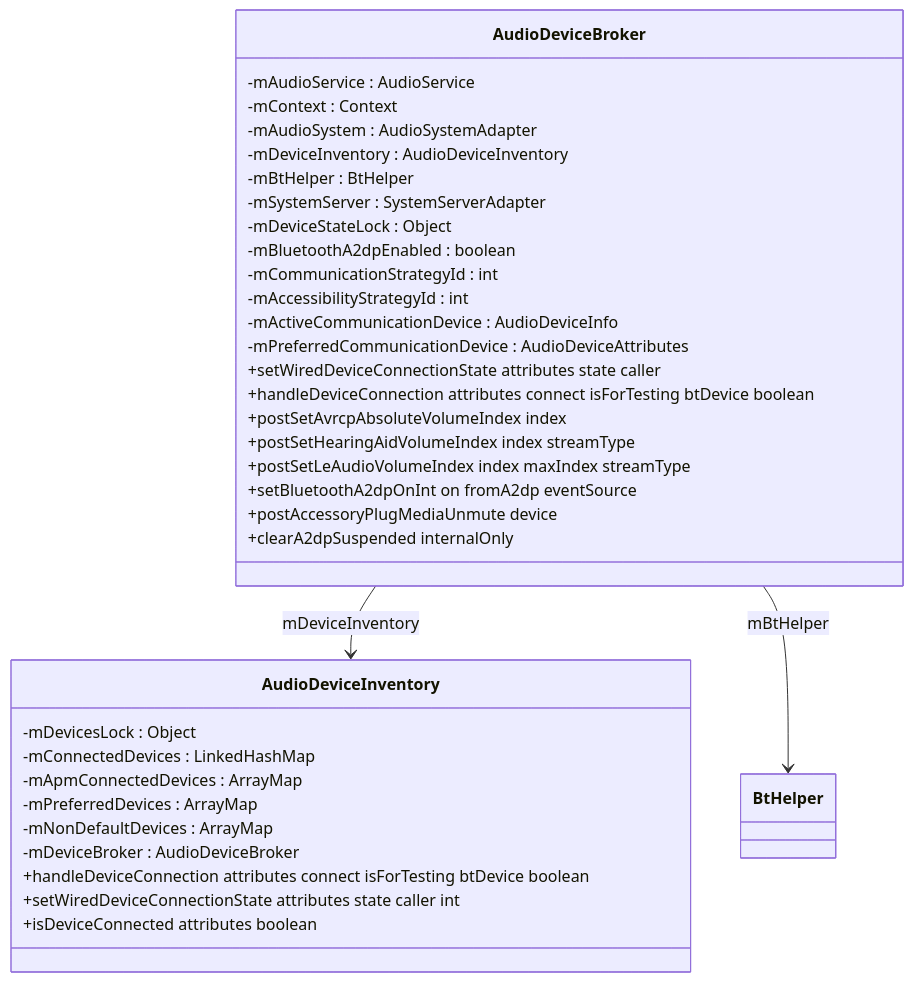
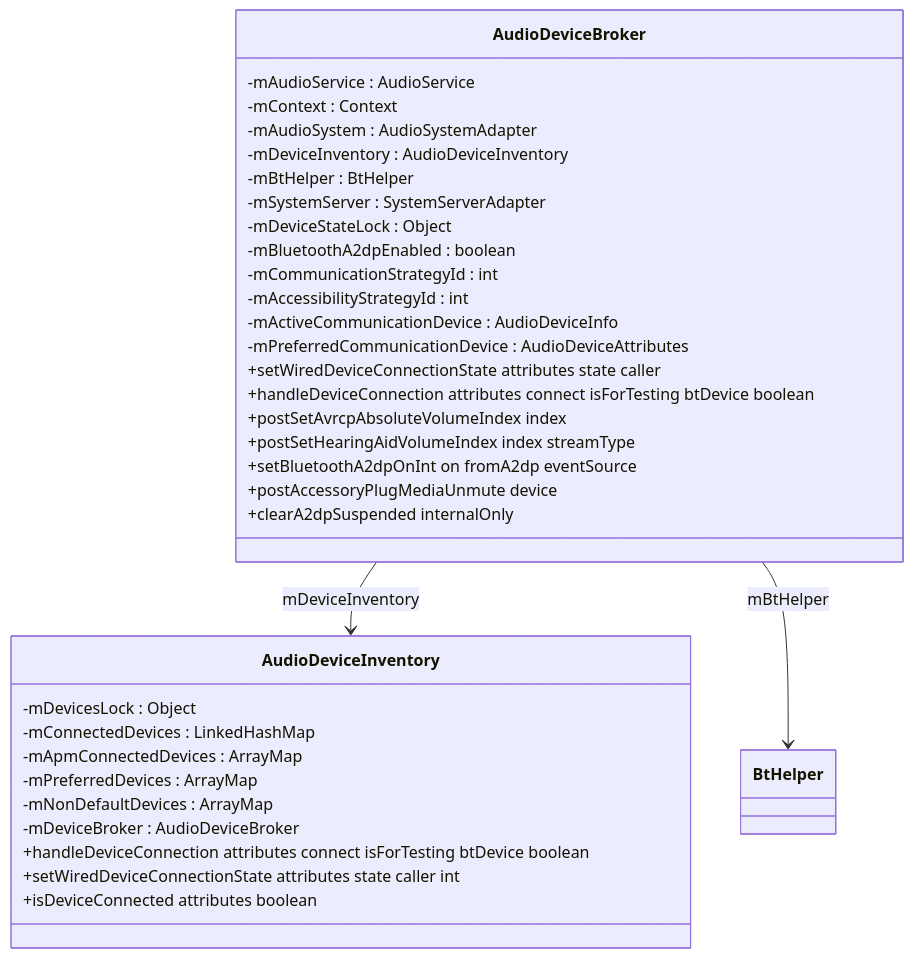
The second of 8 diagrams in 13_Volume_Device_Deep_Dive/13_13.2_Device状态机.md (yanglinzhen1022/SA8295_AAOS_QNX_Audio_KnowledgeBase), drawn with Mermaid before and after one commit. The commit also changed other lines of this file and 6 other files, not shown here.

````diff
--- a/13_Volume_Device_Deep_Dive/13_13.2_Device状态机.md
+++ b/13_Volume_Device_Deep_Dive/13_13.2_Device状态机.md
@@ -46,40 +46,39 @@
 ```mermaid
 classDiagram
     class AudioDeviceBroker {
         -mAudioService : AudioService
         -mContext : Context
         -mAudioSystem : AudioSystemAdapter
         -mDeviceInventory : AudioDeviceInventory
         -mBtHelper : BtHelper
         -mSystemServer : SystemServerAdapter
         -mDeviceStateLock : Object
         -mBluetoothA2dpEnabled : boolean
         -mCommunicationStrategyId : int
         -mAccessibilityStrategyId : int
         -mActiveCommunicationDevice : AudioDeviceInfo
         -mPreferredCommunicationDevice : AudioDeviceAttributes
         +setWiredDeviceConnectionState attributes state caller
         +handleDeviceConnection attributes connect isForTesting btDevice boolean
         +postSetAvrcpAbsoluteVolumeIndex index
         +postSetHearingAidVolumeIndex index streamType
-        +postSetLeAudioVolumeIndex index maxIndex streamType
         +setBluetoothA2dpOnInt on fromA2dp eventSource
         +postAccessoryPlugMediaUnmute device
         +clearA2dpSuspended internalOnly
     }
     
     class AudioDeviceInventory {
         -mDevicesLock : Object
         -mConnectedDevices : LinkedHashMap
         -mApmConnectedDevices : ArrayMap
         -mPreferredDevices : ArrayMap
         -mNonDefaultDevices : ArrayMap
         -mDeviceBroker : AudioDeviceBroker
         +handleDeviceConnection attributes connect isForTesting btDevice boolean
         +setWiredDeviceConnectionState attributes state caller int
         +isDeviceConnected attributes boolean
     }
     
     AudioDeviceBroker --> AudioDeviceInventory : mDeviceInventory
     AudioDeviceBroker --> BtHelper : mBtHelper
 ```
````
